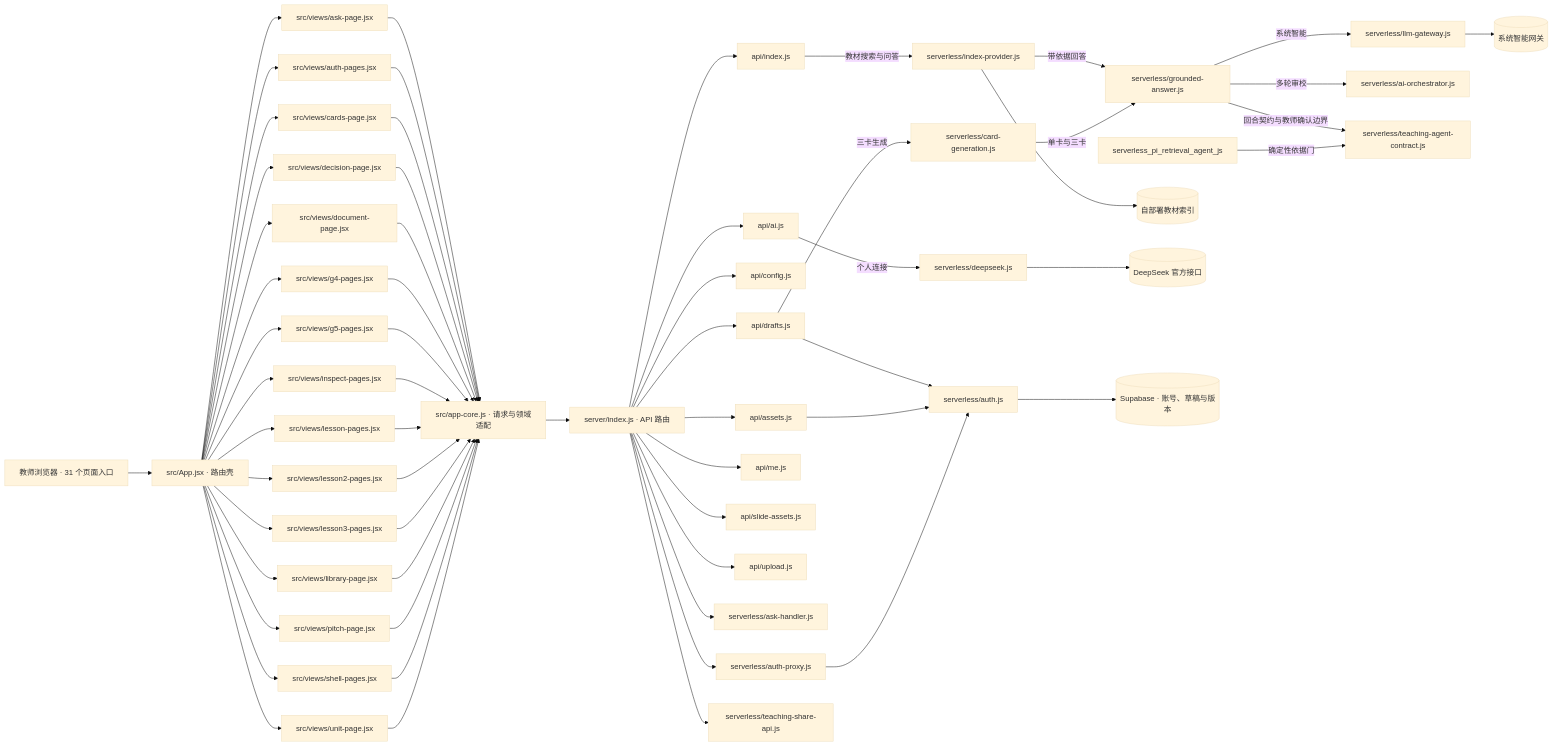
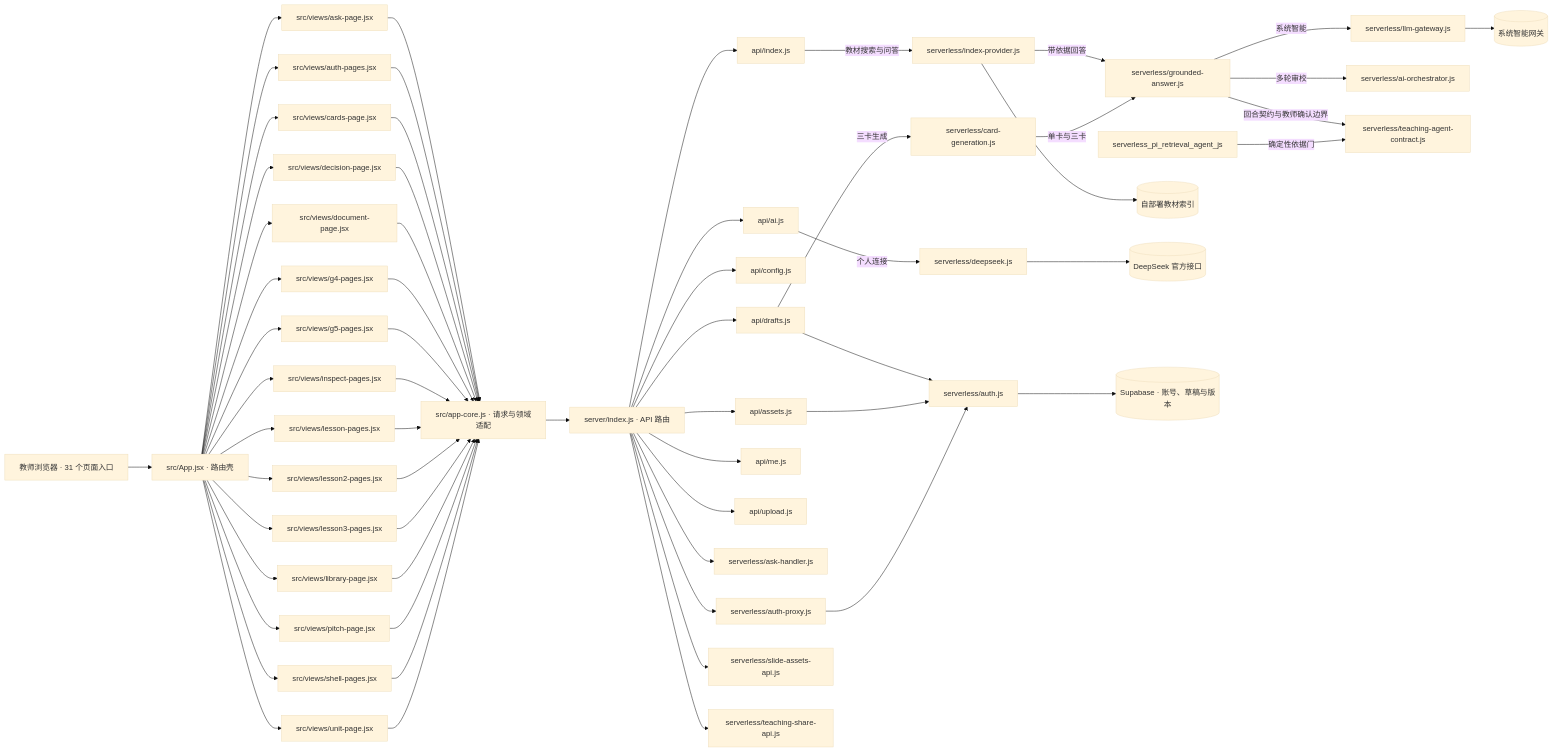
Before and after one commit to LeslieWylie/huojiaocan: the diagram in docs/代码架构图.generated.md, drawn with Mermaid (base theme). The commit also changed other lines of this file and 11 other files, not shown here.

````diff
--- a/docs/代码架构图.generated.md
+++ b/docs/代码架构图.generated.md
@@ -8,62 +8,62 @@
 ```mermaid
 flowchart LR
   Browser["教师浏览器 · 31 个页面入口"] --> App["src/App.jsx · 路由壳"]
   App --> src_views_ask_page_jsx["src/views/ask-page.jsx"]
   App --> src_views_auth_pages_jsx["src/views/auth-pages.jsx"]
   App --> src_views_cards_page_jsx["src/views/cards-page.jsx"]
   App --> src_views_decision_page_jsx["src/views/decision-page.jsx"]
   App --> src_views_document_page_jsx["src/views/document-page.jsx"]
   App --> src_views_g4_pages_jsx["src/views/g4-pages.jsx"]
   App --> src_views_g5_pages_jsx["src/views/g5-pages.jsx"]
   App --> src_views_inspect_pages_jsx["src/views/inspect-pages.jsx"]
   App --> src_views_lesson_pages_jsx["src/views/lesson-pages.jsx"]
   App --> src_views_lesson2_pages_jsx["src/views/lesson2-pages.jsx"]
   App --> src_views_lesson3_pages_jsx["src/views/lesson3-pages.jsx"]
   App --> src_views_library_page_jsx["src/views/library-page.jsx"]
   App --> src_views_pitch_page_jsx["src/views/pitch-page.jsx"]
   App --> src_views_shell_pages_jsx["src/views/shell-pages.jsx"]
   App --> src_views_unit_page_jsx["src/views/unit-page.jsx"]
   src_views_ask_page_jsx --> Core["src/app-core.js · 请求与领域适配"]
   src_views_auth_pages_jsx --> Core["src/app-core.js · 请求与领域适配"]
   src_views_cards_page_jsx --> Core["src/app-core.js · 请求与领域适配"]
   src_views_decision_page_jsx --> Core["src/app-core.js · 请求与领域适配"]
   src_views_document_page_jsx --> Core["src/app-core.js · 请求与领域适配"]
   src_views_g4_pages_jsx --> Core["src/app-core.js · 请求与领域适配"]
   src_views_g5_pages_jsx --> Core["src/app-core.js · 请求与领域适配"]
   src_views_inspect_pages_jsx --> Core["src/app-core.js · 请求与领域适配"]
   src_views_lesson_pages_jsx --> Core["src/app-core.js · 请求与领域适配"]
   src_views_lesson2_pages_jsx --> Core["src/app-core.js · 请求与领域适配"]
   src_views_lesson3_pages_jsx --> Core["src/app-core.js · 请求与领域适配"]
   src_views_library_page_jsx --> Core["src/app-core.js · 请求与领域适配"]
   src_views_pitch_page_jsx --> Core["src/app-core.js · 请求与领域适配"]
   src_views_shell_pages_jsx --> Core["src/app-core.js · 请求与领域适配"]
   src_views_unit_page_jsx --> Core["src/app-core.js · 请求与领域适配"]
   Core --> Server["server/index.js · API 路由"]
   Server --> api_ai_js["api/ai.js"]
   Server --> api_assets_js["api/assets.js"]
   Server --> api_config_js["api/config.js"]
   Server --> api_drafts_js["api/drafts.js"]
   Server --> api_index_js["api/index.js"]
   Server --> api_me_js["api/me.js"]
-  Server --> api_slide_assets_js["api/slide-assets.js"]
   Server --> api_upload_js["api/upload.js"]
   Server --> serverless_ask_handler_js["serverless/ask-handler.js"]
   Server --> serverless_auth_proxy_js["serverless/auth-proxy.js"]
+  Server --> serverless_slide_assets_api_js["serverless/slide-assets-api.js"]
   Server --> serverless_teaching_share_api_js["serverless/teaching-share-api.js"]
   api_index_js -->|教材搜索与问答| serverless_index_provider_js["serverless/index-provider.js"]
   api_drafts_js -->|三卡生成| serverless_card_generation_js["serverless/card-generation.js"]
   serverless_index_provider_js -->|带依据回答| serverless_grounded_answer_js["serverless/grounded-answer.js"]
   serverless_card_generation_js -->|单卡与三卡| serverless_grounded_answer_js["serverless/grounded-answer.js"]
   api_ai_js -->|个人连接| serverless_deepseek_js["serverless/deepseek.js"]
   serverless_grounded_answer_js -->|系统智能| serverless_llm_gateway_js["serverless/llm-gateway.js"]
   serverless_grounded_answer_js -->|多轮审校| serverless_ai_orchestrator_js["serverless/ai-orchestrator.js"]
   serverless_grounded_answer_js -->|回合契约与教师确认边界| serverless_teaching_agent_contract_js["serverless/teaching-agent-contract.js"]
   serverless_pi_retrieval_agent_js -->|确定性依据门| serverless_teaching_agent_contract_js["serverless/teaching-agent-contract.js"]
   serverless_index_provider_js --> PageIndex[("自部署教材索引")]
   serverless_deepseek_js --> DeepSeek[("DeepSeek 官方接口")]
   serverless_llm_gateway_js --> Gateway[("系统智能网关")]
   serverless_auth_js --> Supabase[("Supabase · 账号、草稿与版本")]
   api_drafts_js --> serverless_auth_js["serverless/auth.js"]
   api_assets_js --> serverless_auth_js["serverless/auth.js"]
   serverless_auth_proxy_js --> serverless_auth_js["serverless/auth.js"]
 ```
````
